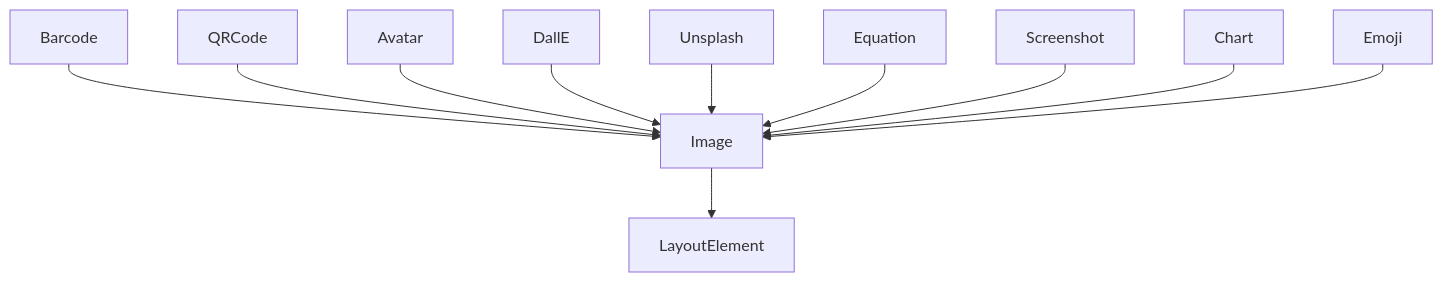
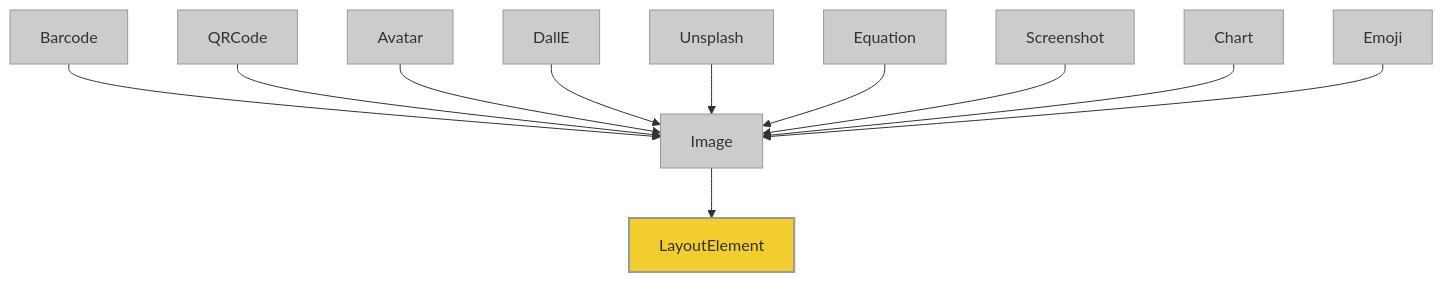
The diagram in 03/README.md (jorisschellekens/borb-examples), drawn with Mermaid before and after one commit.

````diff
--- a/03/README.md
+++ b/03/README.md
@@ -12,15 +12,26 @@
 ```mermaid
+---
+config:
+  theme: default
+---
 graph TD
     LayoutElement
     Image --> LayoutElement
     Barcode --> Image
     QRCode --> Image
     Avatar --> Image
     DallE --> Image
     Unsplash --> Image
     Equation --> Image
     Screenshot --> Image
     Chart --> Image
     Emoji --> Image
 
+    %% Define classes
+    classDef gray fill:#ccc,stroke:#999,stroke-width:1px;
+    classDef highlight fill:#F1CD2E,stroke:#999,stroke-width:2px;
+
+    %% Assign classes
+    class LayoutElement highlight;
+    class Image,Barcode,QRCode,Avatar,DallE,Unsplash,Equation,Screenshot,Chart,Emoji gray;
 ```
````
